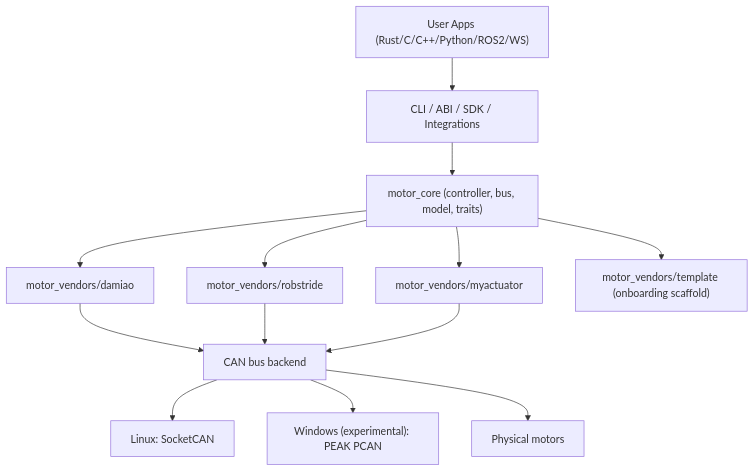
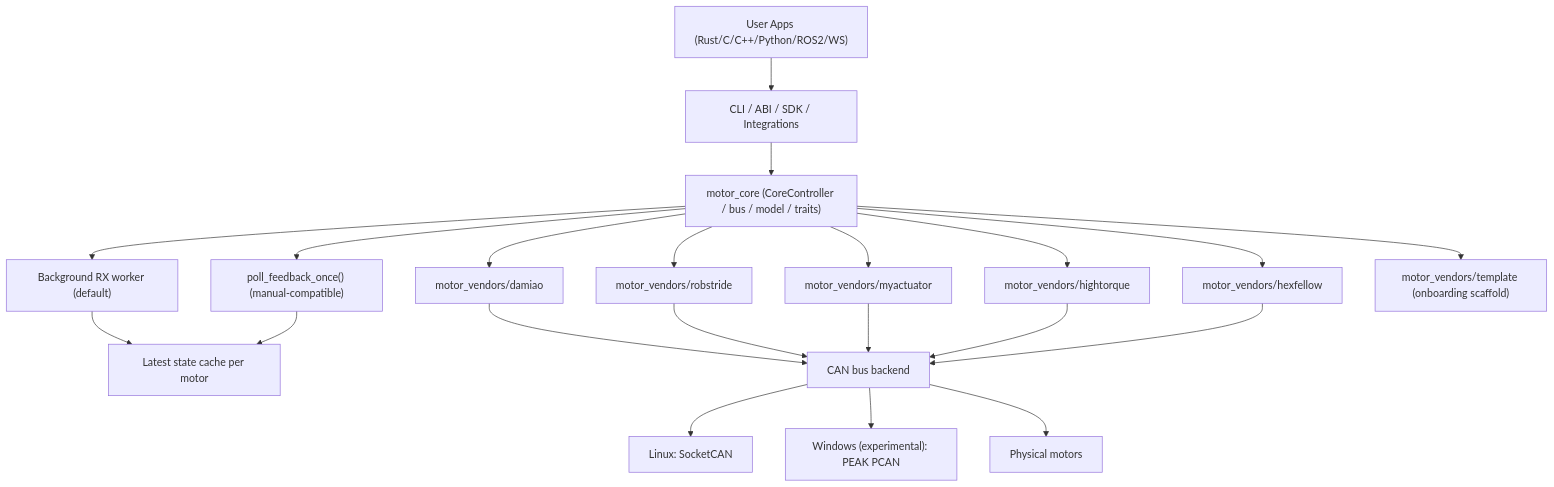
One commit to tianrking/motorbridge changed the first of 3 diagrams in README.md. Above: the diagram before and after it, drawn with Mermaid. The commit also changed other lines of this file and 1 other file, not shown here.

First line of the commit message:
docs(readme): add badges and refresh architecture mermaid diagrams

````diff
--- a/README.md
+++ b/README.md
@@ -39,15 +45,23 @@
 ```mermaid
 flowchart TB
   APP["User Apps (Rust/C/C++/Python/ROS2/WS)"] --> SURFACE["CLI / ABI / SDK / Integrations"]
-  SURFACE --> CORE["motor_core (controller, bus, model, traits)"]
+  SURFACE --> CORE["motor_core (CoreController / bus / model / traits)"]
+  CORE --> RX["Background RX worker (default)"]
+  CORE --> MANUAL["poll_feedback_once() (manual-compatible)"]
+  RX --> CACHE["Latest state cache per motor"]
+  MANUAL --> CACHE
   CORE --> DAMIAO["motor_vendors/damiao"]
   CORE --> ROBSTRIDE["motor_vendors/robstride"]
   CORE --> MYACT["motor_vendors/myactuator"]
+  CORE --> HIGHTORQUE["motor_vendors/hightorque"]
+  CORE --> HEXFELLOW["motor_vendors/hexfellow"]
   CORE --> TEMPLATE["motor_vendors/template (onboarding scaffold)"]
   DAMIAO --> CAN["CAN bus backend"]
   ROBSTRIDE --> CAN
   MYACT --> CAN
+  HIGHTORQUE --> CAN
+  HEXFELLOW --> CAN
   CAN --> LNX["Linux: SocketCAN"]
   CAN --> WIN["Windows (experimental): PEAK PCAN"]
   CAN --> HW["Physical motors"]
 ```
````
